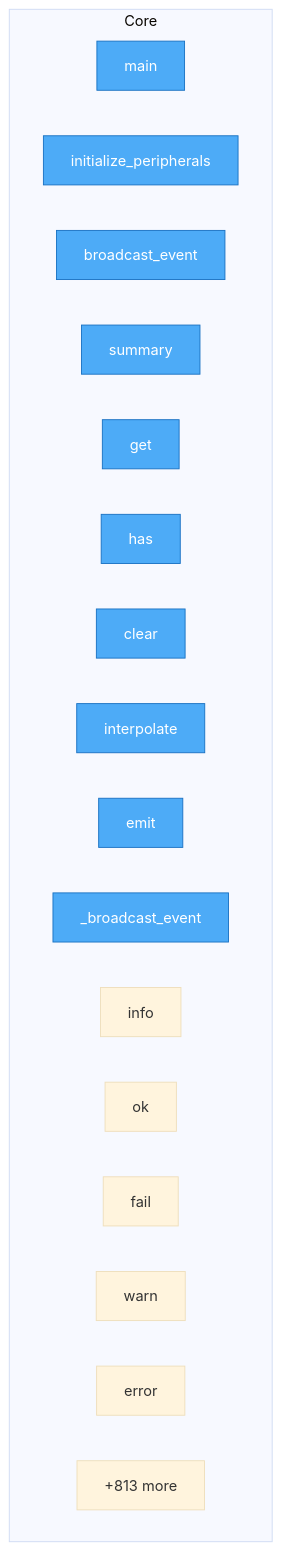
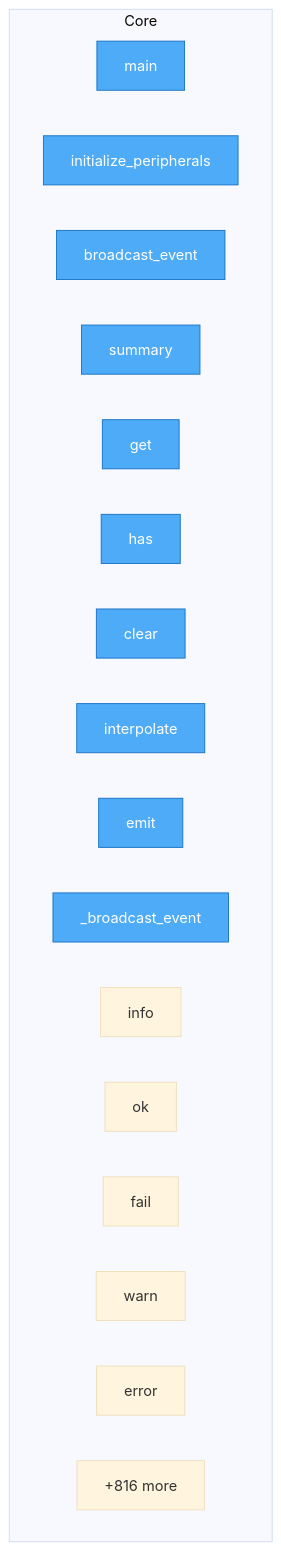
One commit to oqlos/oqlos changed the diagram in project/flow.mmd. Above: the diagram before and after it, drawn with Mermaid (base theme). The commit also changed 19 other files, not shown here.

```diff
--- a/project/flow.mmd
+++ b/project/flow.mmd
@@ -1,26 +1,26 @@
 flowchart TD
 %% generated in 0.03s
 
     %% Entry points (blue)
     classDef entry fill:#4dabf7,stroke:#1971c2,color:#fff
 
     subgraph Core
         setup_hardware_and_run_oql__main["main"]
         oqlos__core__state__StateManager__initialize_peripherals["initialize_peripherals"]
         oqlos__core__state__StateManager__broadcast_event["broadcast_event"]
         oqlos__core__base__ScriptResult__summary["summary"]
         oqlos__core__base__VariableStore__get["get"]
         oqlos__core__base__VariableStore__has["has"]
         oqlos__core__base__VariableStore__clear["clear"]
         oqlos__core__base__VariableStore__interpolate["interpolate"]
         oqlos__core__base__InterpreterOutput__emit["emit"]
         oqlos__core__base__InterpreterOutput___broadcast_event["_broadcast_event"]
         oqlos__core__base__InterpreterOutput__info["info"]
         oqlos__core__base__InterpreterOutput__ok["ok"]
         oqlos__core__base__InterpreterOutput__fail["fail"]
         oqlos__core__base__InterpreterOutput__warn["warn"]
         oqlos__core__base__InterpreterOutput__error["error"]
-        ...["+813 more"]
+        ...["+816 more"]
     end
 
     class setup_hardware_and_run_oql__main,oqlos__core__state__StateManager__initialize_peripherals,oqlos__core__state__StateManager__broadcast_event,oqlos__core__base__ScriptResult__summary,oqlos__core__base__VariableStore__get,oqlos__core__base__VariableStore__has,oqlos__core__base__VariableStore__clear,oqlos__core__base__VariableStore__interpolate,oqlos__core__base__InterpreterOutput__emit,oqlos__core__base__InterpreterOutput___broadcast_event entry
```
